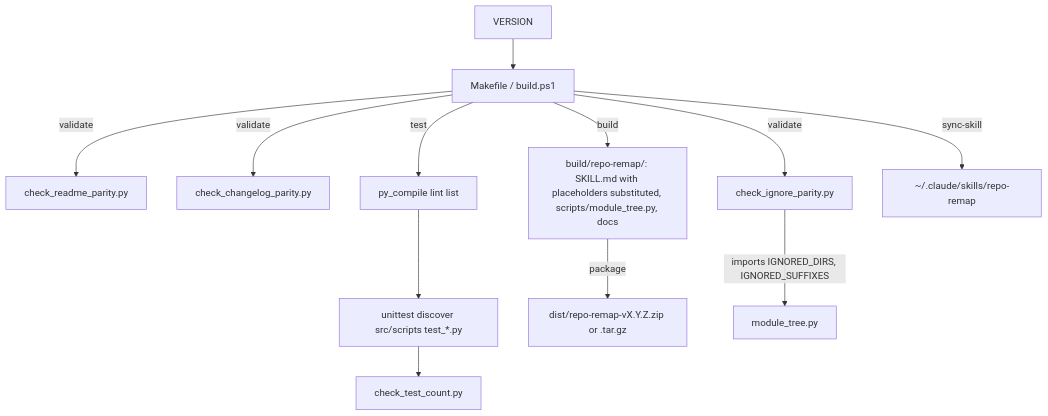
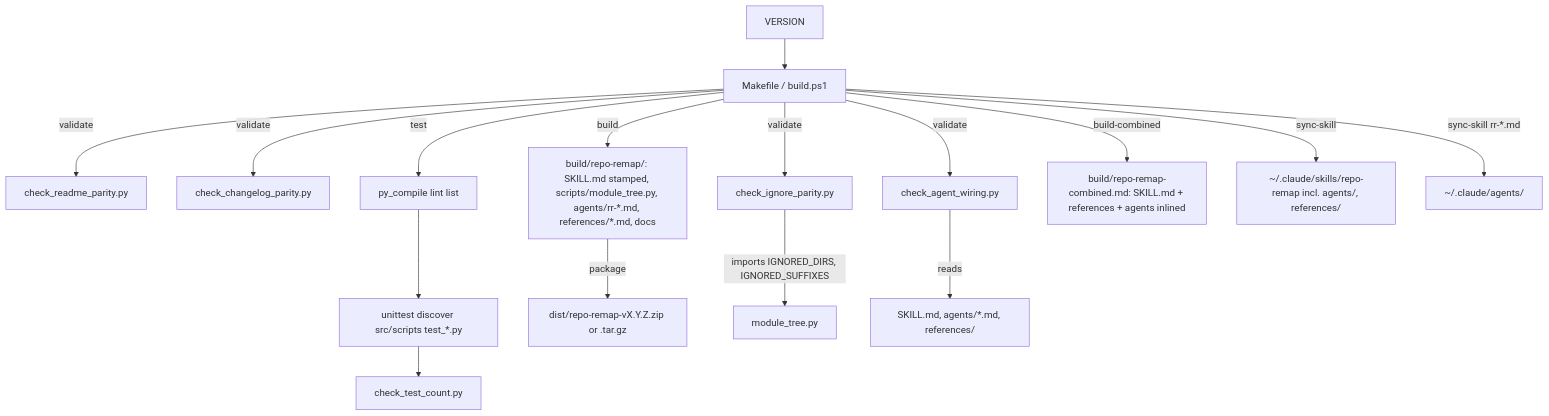
One commit to NikolasMarkou/repo-remap changed the diagram in CLAUDE.md. Above: the diagram before and after it, drawn with Mermaid. The commit also changed other lines of this file and 25 other files, not shown here.

First line of the commit message:
[skill] orchestrator and subagents for reads and rewrites, release 1.1.0

````diff
--- a/CLAUDE.md
+++ b/CLAUDE.md
@@ -30,12 +14,16 @@
 ```mermaid
 flowchart TD
     V[VERSION] --> MK[Makefile / build.ps1]
     MK -->|validate| G1[check_readme_parity.py]
     MK -->|validate| G2[check_changelog_parity.py]
     MK -->|validate| G3[check_ignore_parity.py]
+    MK -->|validate| G5[check_agent_wiring.py]
     MK -->|test| L[py_compile lint list] --> U[unittest discover src/scripts test_*.py] --> G4[check_test_count.py]
-    MK -->|build| B[build/repo-remap/: SKILL.md with placeholders substituted, scripts/module_tree.py, docs]
+    MK -->|build| B[build/repo-remap/: SKILL.md stamped, scripts/module_tree.py, agents/rr-*.md, references/*.md, docs]
     B -->|package| Z[dist/repo-remap-vX.Y.Z.zip or .tar.gz]
-    MK -->|sync-skill| I[~/.claude/skills/repo-remap]
+    MK -->|build-combined| C[build/repo-remap-combined.md: SKILL.md + references + agents inlined]
+    MK -->|sync-skill| I[~/.claude/skills/repo-remap incl. agents/, references/]
+    MK -->|sync-skill rr-*.md| A[~/.claude/agents/]
     G3 -->|imports IGNORED_DIRS, IGNORED_SUFFIXES| MT[module_tree.py]
+    G5 -->|reads| SK[SKILL.md, agents/*.md, references/]
 ```
````
